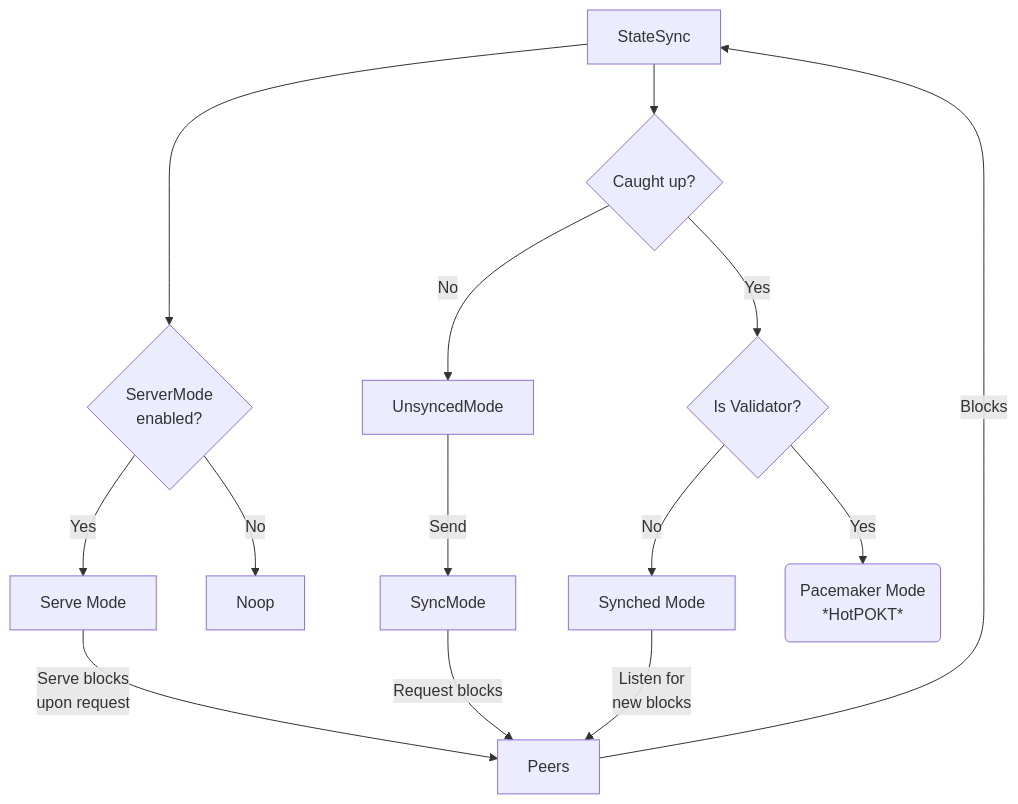
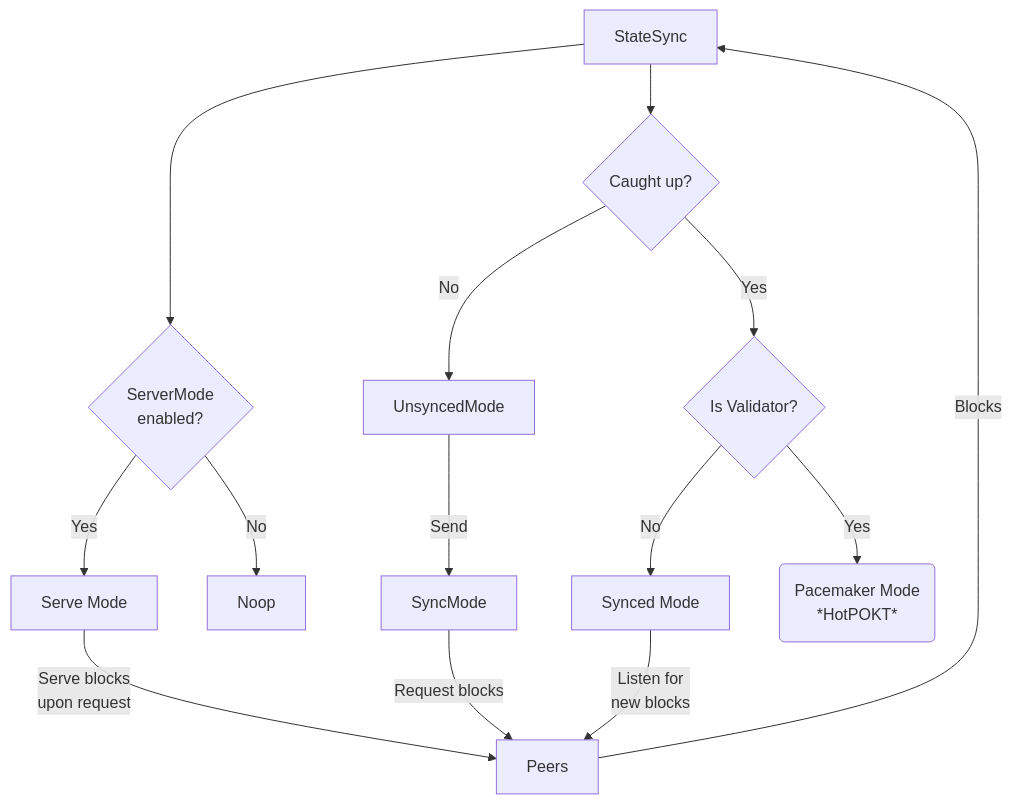
The third of 5 diagrams in consensus/doc/PROTOCOL_STATE_SYNC.md (pokt-network/pocket), drawn with Mermaid before and after one commit. The commit also changed other lines of this file and 12 other files, not shown here.

````diff
--- a/consensus/doc/PROTOCOL_STATE_SYNC.md
+++ b/consensus/doc/PROTOCOL_STATE_SYNC.md
@@ -179,26 +179,26 @@
 ```mermaid
 flowchart TD
     A[StateSync] --> B{Caught up?}
     A[StateSync] --> P{ServerMode <br> enabled?}
 
     %% Is serving peers?
     P --> |Yes| Q[Serve Mode]
     P --> |No| R[Noop]
     Q --> |Serve blocks<br>upon request| Z[Peers]
 
     %% Is caught up?
     B --> |Yes| C{Is Validator?}
     B --> |No| E[UnsyncedMode]
     E --> |Send | D[SyncMode]
 
     %% Syncing
     D --> |Request blocks| Z[Peers]
 
     %% Is a validator?
-    C --> |No| F[Synched Mode]
+    C --> |No| F[Synced Mode]
     C --> |Yes| G(Pacemaker Mode<br>*HotPOKT*)
     F --> |Listen for<br>new blocks| Z[Peers]
 
     %% Loop back
     Z[Peers] --> |Blocks| A[StateSync]
 ```
````
